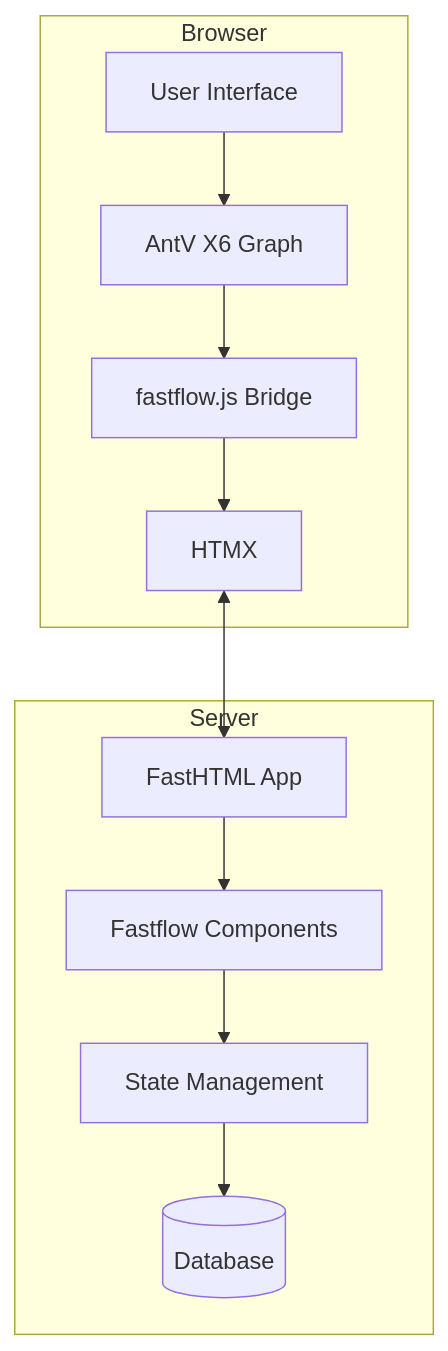
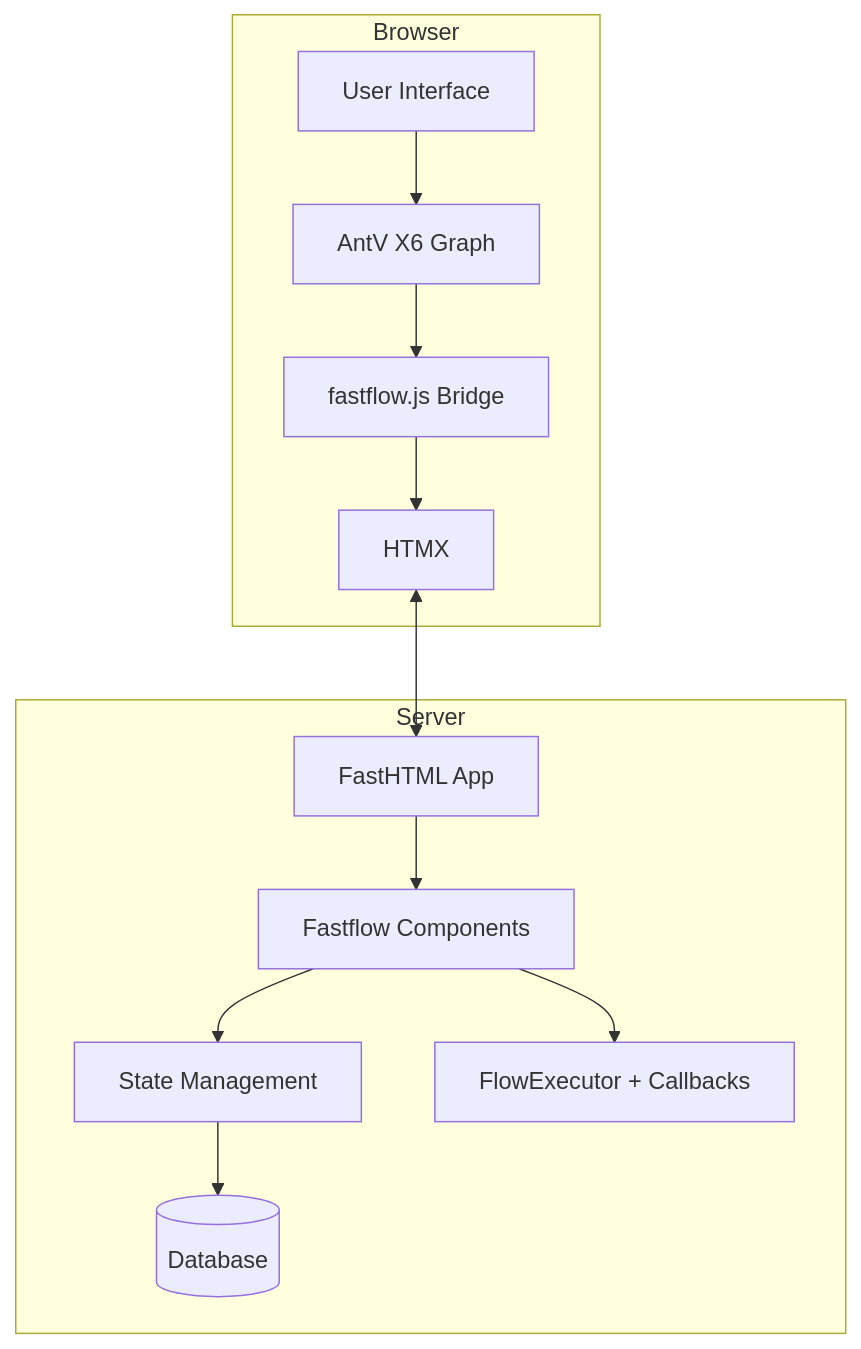
The first of 12 diagrams in docs/how_it_works/architecture.md (sgaseretto/fastflow), drawn with Mermaid before and after one commit. The commit also changed other lines of this file and 31 other files, not shown here.

````diff
--- a/docs/how_it_works/architecture.md
+++ b/docs/how_it_works/architecture.md
@@ -9,24 +9,26 @@
 ```mermaid
 graph TB
     subgraph Browser
         UI[User Interface]
         X6[AntV X6 Graph]
         HTMX[HTMX]
         FFBridge[fastflow.js Bridge]
     end
 
     subgraph Server
         FH[FastHTML App]
         FFC[Fastflow Components]
         State[State Management]
+        Exec[FlowExecutor + Callbacks]
         DB[(Database)]
     end
 
     UI --> X6
     X6 --> FFBridge
     FFBridge --> HTMX
     HTMX <--> FH
     FH --> FFC
     FFC --> State
+    FFC --> Exec
     State --> DB
 ```
````
